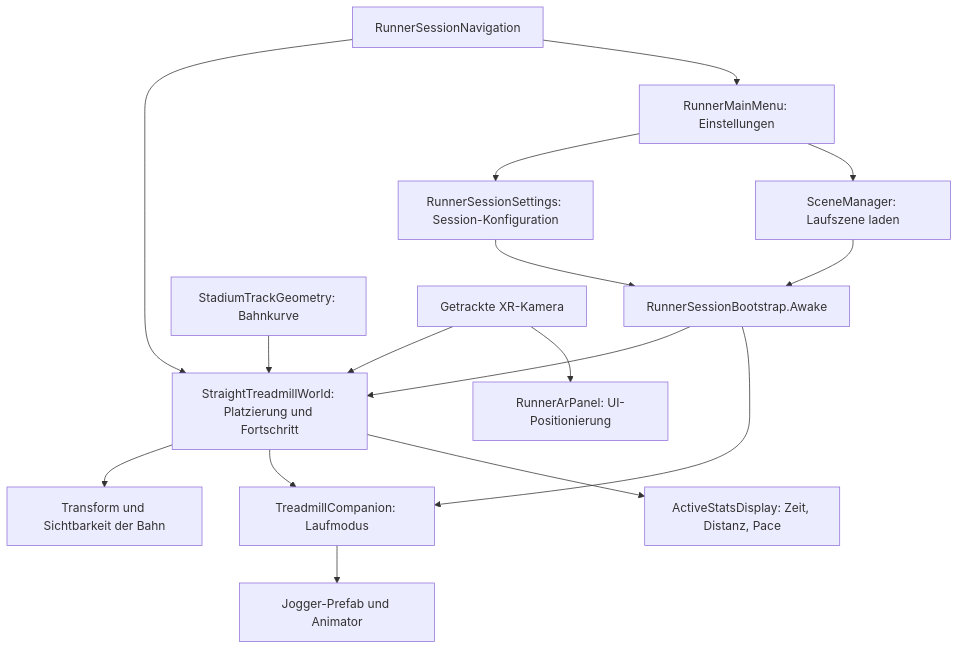
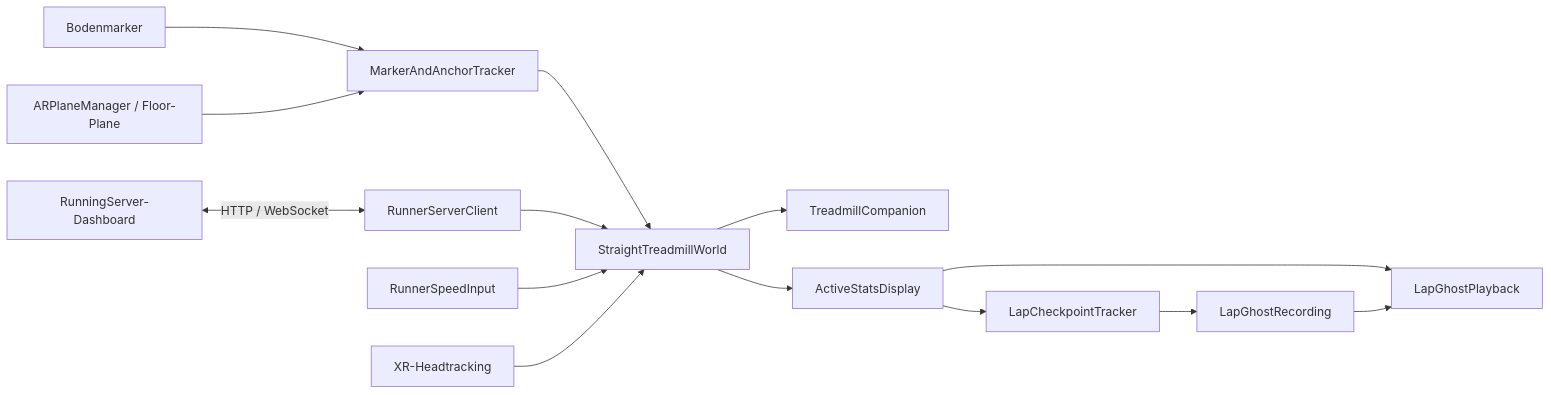
The diagram in README.md (kaanguen/mgleap), drawn with Mermaid before and after one commit. The commit also changed other lines of this file and 32 other files, not shown here.

Commit message:
Added Webserver config Connect Marker Tracking with Running and added New ReadMe

````diff
--- a/README.md
+++ b/README.md
@@ -71,18 +292,16 @@
 ```mermaid
-flowchart TD
-    Menu[RunnerMainMenu: Einstellungen] --> Settings[RunnerSessionSettings: Session-Konfiguration]
-    Menu --> Load[SceneManager: Laufszene laden]
-    Load --> Bootstrap[RunnerSessionBootstrap.Awake]
-    Settings --> Bootstrap
-    Bootstrap --> World[StraightTreadmillWorld: Platzierung und Fortschritt]
-    Bootstrap --> Companion[TreadmillCompanion: Laufmodus]
-    Geometry[StadiumTrackGeometry: Bahnkurve] --> World
-    World --> Track[Transform und Sichtbarkeit der Bahn]
-    World --> Companion
-    World --> Stats[ActiveStatsDisplay: Zeit, Distanz, Pace]
-    Companion --> Avatar[Jogger-Prefab und Animator]
-    Nav[RunnerSessionNavigation] --> World
-    Nav --> Menu
-    XR[Getrackte XR-Kamera] --> World
-    XR --> Panels[RunnerArPanel: UI-Positionierung]
+flowchart LR
+    Tag[Bodenmarker] --> Tracker[MarkerAndAnchorTracker]
+    Plane[ARPlaneManager / Floor-Plane] --> Tracker
+    Tracker --> World[StraightTreadmillWorld]
+    Web[RunningServer-Dashboard] <-->|HTTP / WebSocket| Bridge[RunnerServerClient]
+    Bridge --> World
+    Input[RunnerSpeedInput] --> World
+    Head[XR-Headtracking] --> World
+    World --> Side[TreadmillCompanion]
+    World --> Stats[ActiveStatsDisplay]
+    Stats --> Ghost[LapGhostPlayback]
+    Stats --> Records[LapCheckpointTracker]
+    Records --> Profile[LapGhostRecording]
+    Profile --> Ghost
 ```
````
